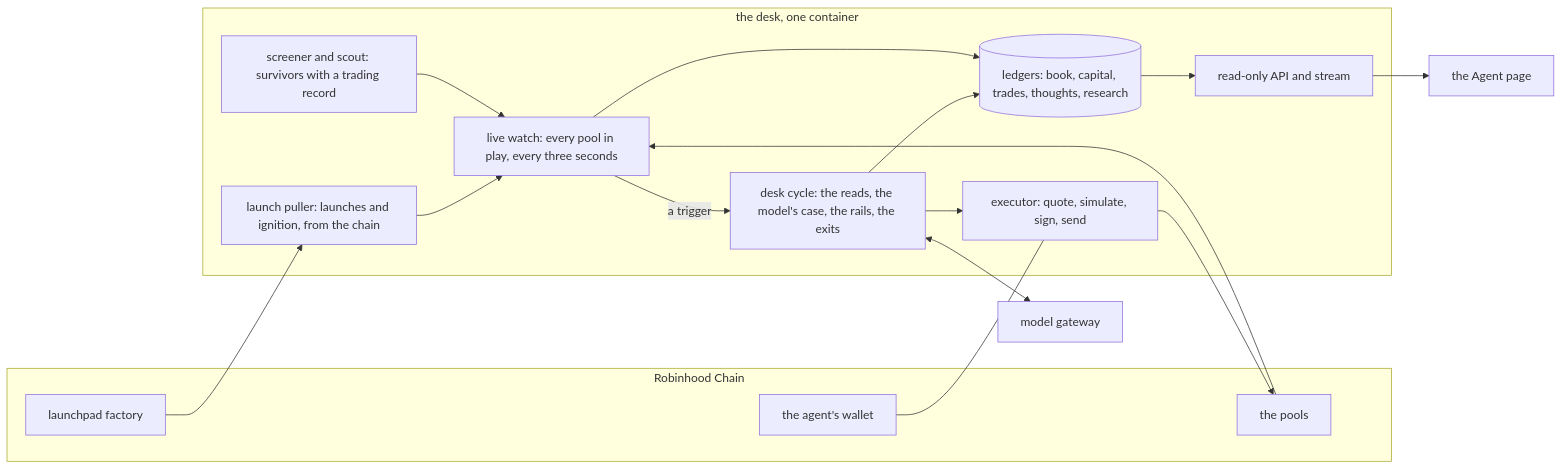
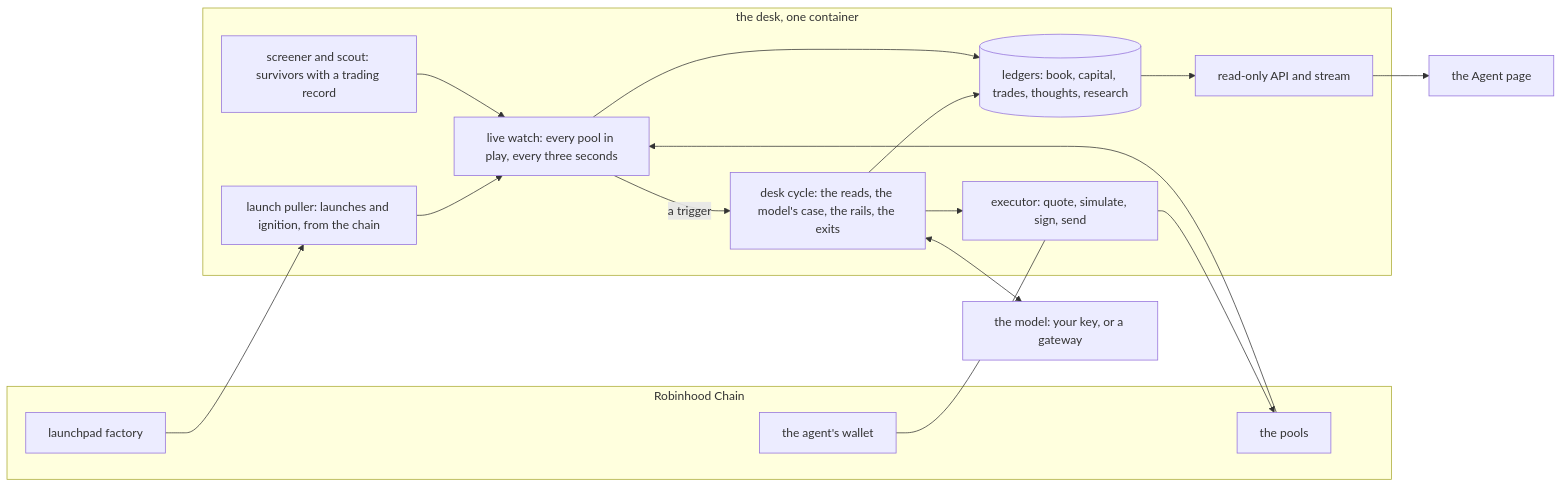
One commit to ObscuraMarket/agent-obs changed the diagram in README.md. Above: the diagram before and after it, drawn with Mermaid. The commit also changed other lines of this file and 9 other files, not shown here.

````diff
--- a/README.md
+++ b/README.md
@@ -61,29 +61,29 @@
 ```mermaid
 flowchart LR
   subgraph chain["Robinhood Chain"]
     factory["launchpad factory"]
     pools["the pools"]
     wallet["the agent's wallet"]
   end
   subgraph box["the desk, one container"]
     lp["launch puller: launches and ignition, from the chain"]
     sc["screener and scout: survivors with a trading record"]
     lw["live watch: every pool in play, every three seconds"]
     cy["desk cycle: the reads, the model's case, the rails, the exits"]
     ex["executor: quote, simulate, sign, send"]
     led[("ledgers: book, capital, trades, thoughts, research")]
     api["read-only API and stream"]
   end
-  gw["model gateway"]
+  gw["the model: your key, or a gateway"]
   page["the Agent page"]
   factory --> lp --> lw
   pools --> lw
   sc --> lw
   lw -- "a trigger" --> cy
   cy <--> gw
   cy --> ex --> pools
   wallet --- ex
   cy --> led
   lw --> led
   led --> api --> page
 ```
````
